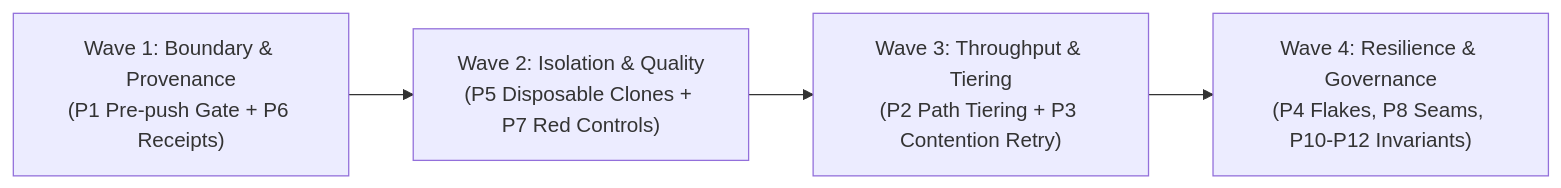
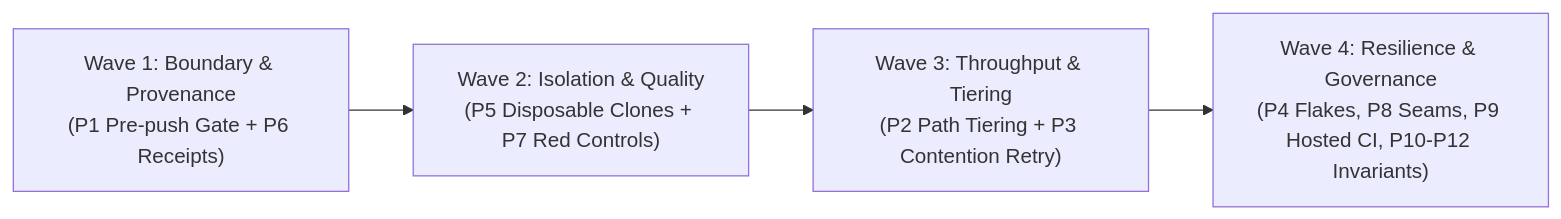
Before and after one commit to HiQS-Labs/XYZ-forge: the diagram in skills/4-occasional/ci-optimize/SKILL.md, drawn with Mermaid. The commit also changed other lines of this file and 6 other files, not shown here.

````diff
--- a/skills/4-occasional/ci-optimize/SKILL.md
+++ b/skills/4-occasional/ci-optimize/SKILL.md
@@ -129,6 +132,6 @@
 ```mermaid
 flowchart LR
     W1["Wave 1: Boundary & Provenance<br/>(P1 Pre-push Gate + P6 Receipts)"] --> W2["Wave 2: Isolation & Quality<br/>(P5 Disposable Clones + P7 Red Controls)"]
     W2 --> W3["Wave 3: Throughput & Tiering<br/>(P2 Path Tiering + P3 Contention Retry)"]
-    W3 --> W4["Wave 4: Resilience & Governance<br/>(P4 Flakes, P8 Seams, P10-P12 Invariants)"]
+    W3 --> W4["Wave 4: Resilience & Governance<br/>(P4 Flakes, P8 Seams, P9 Hosted CI, P10-P12 Invariants)"]
 ```
````
